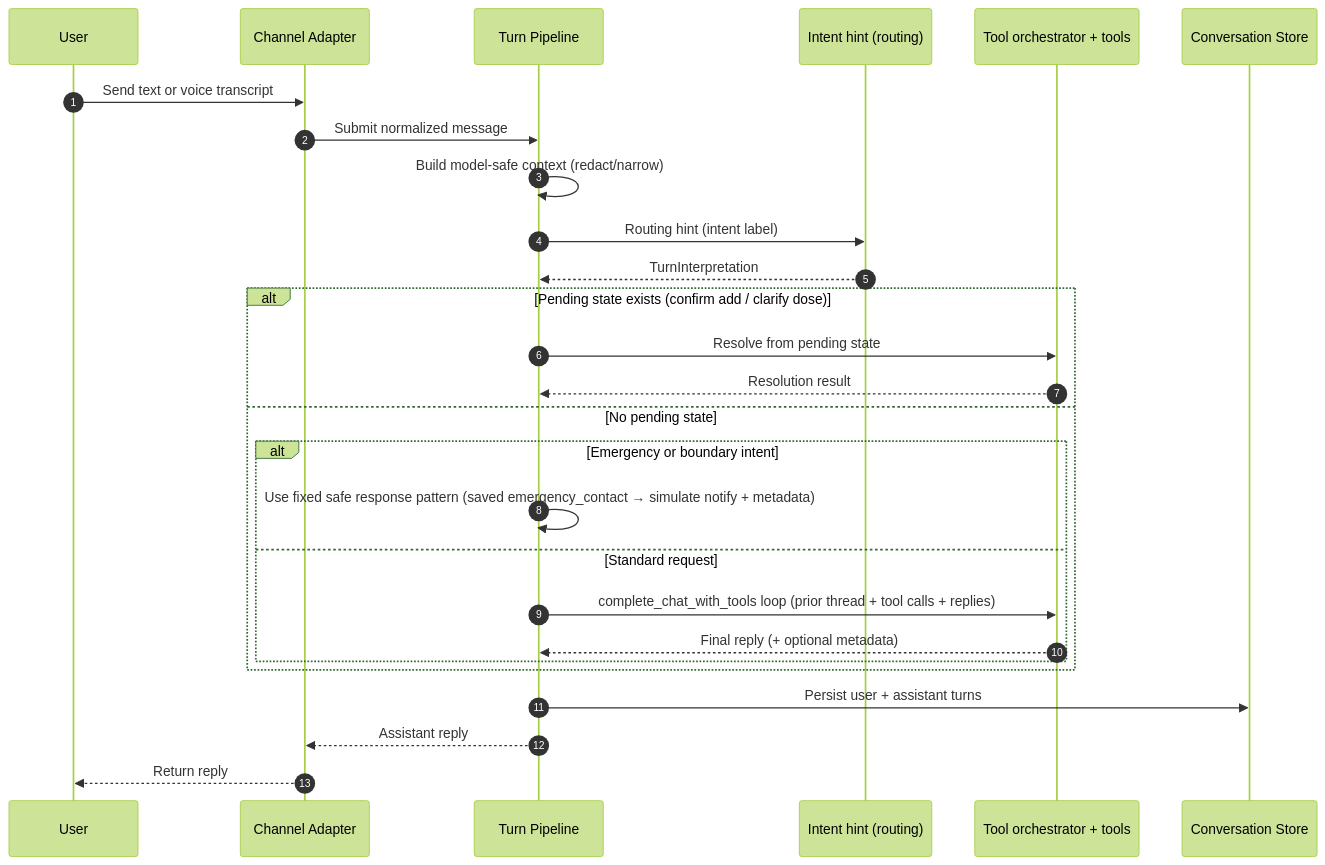
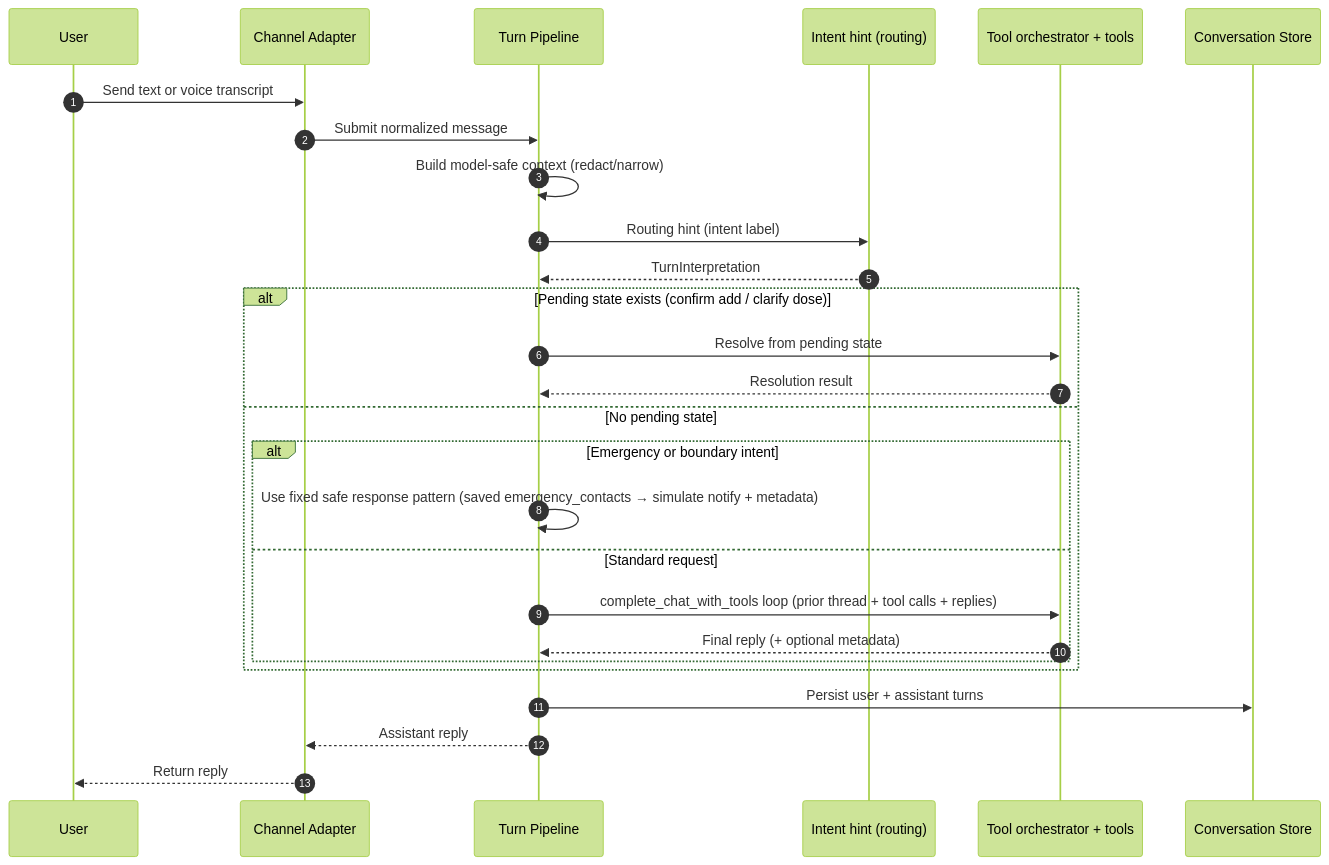
Before and after one commit to israkir/medbuddy: the third of 8 diagrams in docs/tdd.md, drawn with Mermaid (forest theme). The commit also changed 8 other files, not shown here.

First line of the commit message:
docs: service-role Supabase, emergency_contacts, reminder test paths

````diff
--- a/docs/tdd.md
+++ b/docs/tdd.md
@@ -112,32 +112,32 @@
 ```mermaid
 sequenceDiagram
   autonumber
   participant U as User
   participant CH as Channel Adapter
   participant PL as Turn Pipeline
   participant CL as Intent hint (routing)
   participant AG as Tool orchestrator + tools
   participant ST as Conversation Store
 
   U->>CH: Send text or voice transcript
   CH->>PL: Submit normalized message
   PL->>PL: Build model-safe context (redact/narrow)
   PL->>CL: Routing hint (intent label)
   CL-->>PL: TurnInterpretation
 
   alt Pending state exists (confirm add / clarify dose)
     PL->>AG: Resolve from pending state
     AG-->>PL: Resolution result
   else No pending state
     alt Emergency or boundary intent
-      PL->>PL: Use fixed safe response pattern (saved emergency_contact → simulate notify + metadata)
+      PL->>PL: Use fixed safe response pattern (saved emergency_contacts → simulate notify + metadata)
     else Standard request
       PL->>AG: complete_chat_with_tools loop (prior thread + tool calls + replies)
       AG-->>PL: Final reply (+ optional metadata)
     end
   end
 
   PL->>ST: Persist user + assistant turns
   PL-->>CH: Assistant reply
   CH-->>U: Return reply
 ```
````
